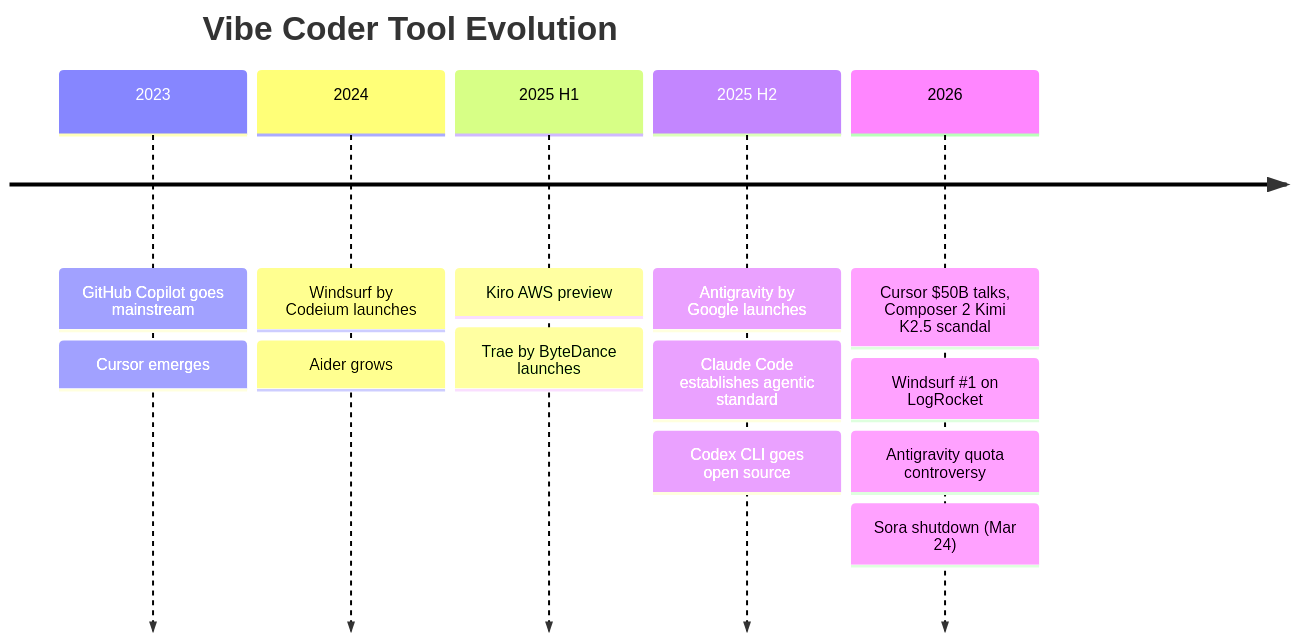
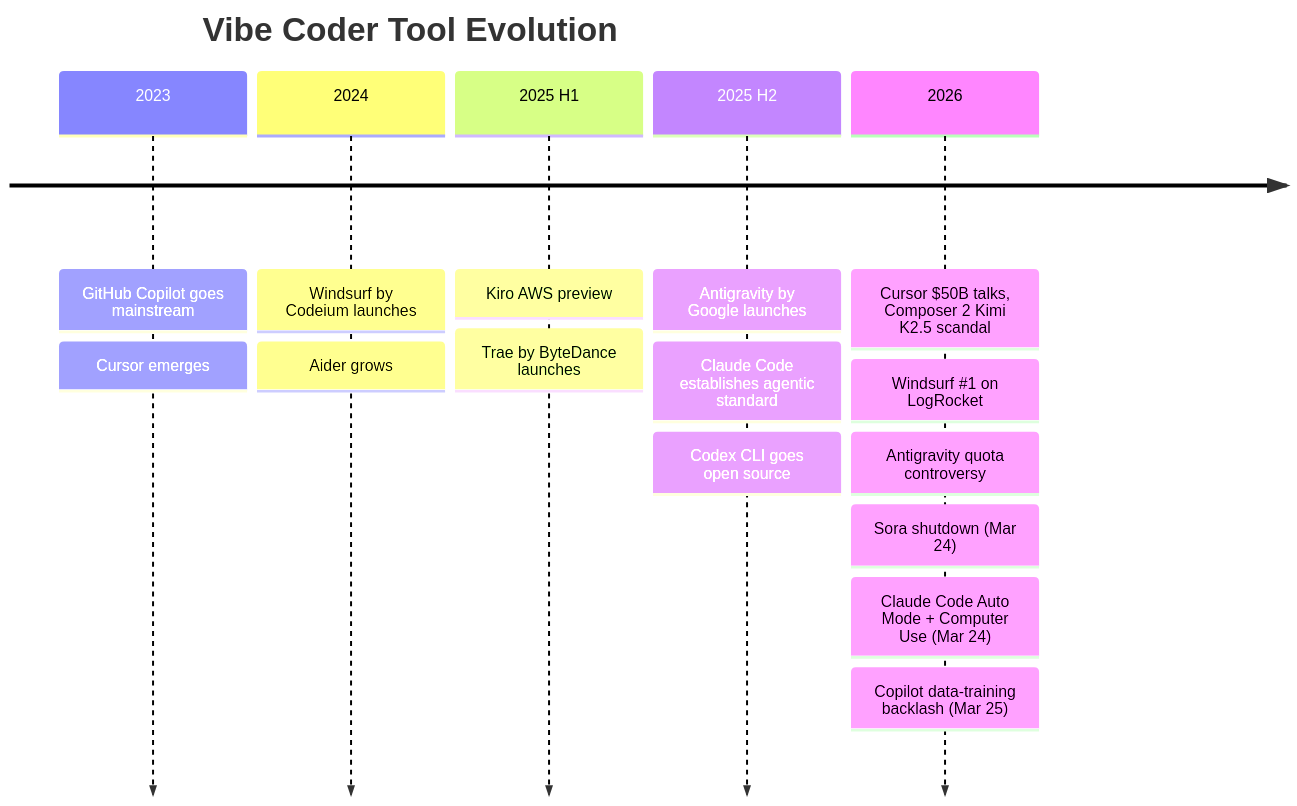
The first of 11 diagrams in README.md (stophobia/ai-whatchelin), drawn with Mermaid before and after one commit. The commit also changed other lines of this file and 2 other files, not shown here.

Commit message:
auto: daily update (2026-03-26)

````diff
--- a/README.md
+++ b/README.md
@@ -116,17 +116,19 @@
 ```mermaid
 timeline
     title Vibe Coder Tool Evolution
     2023 : GitHub Copilot goes mainstream
          : Cursor emerges
     2024 : Windsurf by Codeium launches
          : Aider grows
     2025 H1 : Kiro AWS preview
             : Trae by ByteDance launches
     2025 H2 : Antigravity by Google launches
             : Claude Code establishes agentic standard
             : Codex CLI goes open source
     2026 : Cursor $50B talks, Composer 2 Kimi K2.5 scandal
          : Windsurf #1 on LogRocket
          : Antigravity quota controversy
          : Sora shutdown (Mar 24)
+         : Claude Code Auto Mode + Computer Use (Mar 24)
+         : Copilot data-training backlash (Mar 25)
 ```
````
